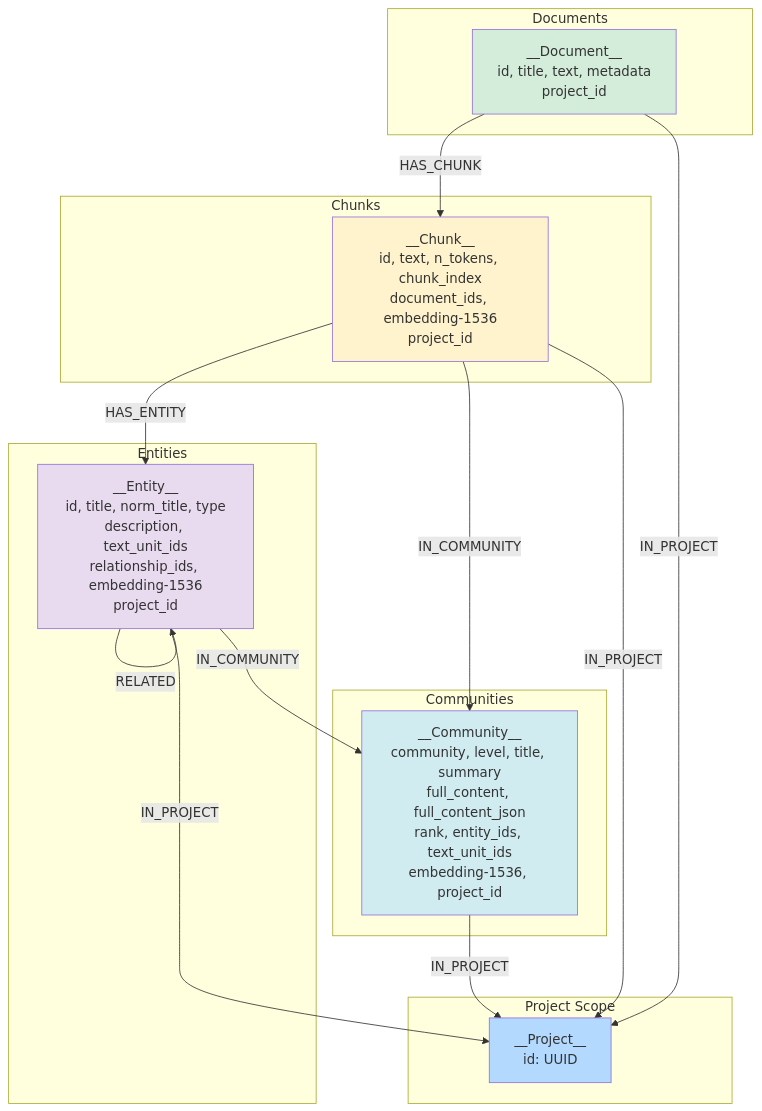
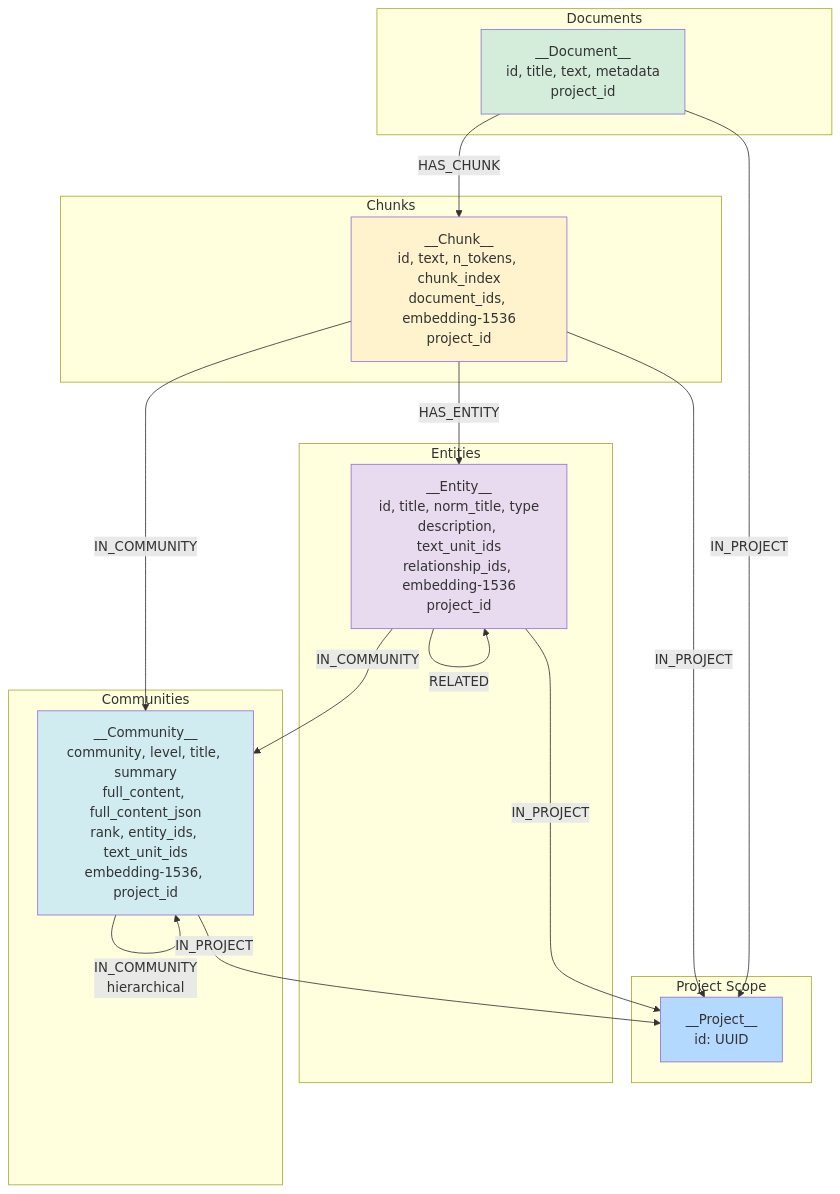
The third of 4 diagrams in git-epic-creator/services/neo4j_ingestion_service/README.md (vladavilov/playground), drawn with Mermaid before and after one commit. The commit also changed other lines of this file and 20 other files, not shown here.

````diff
--- a/git-epic-creator/services/neo4j_ingestion_service/README.md
+++ b/git-epic-creator/services/neo4j_ingestion_service/README.md
@@ -130,38 +130,39 @@
 ```mermaid
 graph TB
     subgraph Project Scope
         P[__Project__<br/>id: UUID]
     end
     
     subgraph Documents
         D[__Document__<br/>id, title, text, metadata<br/>project_id]
     end
     
     subgraph Chunks
         C[__Chunk__<br/>id, text, n_tokens, chunk_index<br/>document_ids, embedding-1536<br/>project_id]
     end
     
     subgraph Entities
         E[__Entity__<br/>id, title, norm_title, type<br/>description, text_unit_ids<br/>relationship_ids, embedding-1536<br/>project_id]
     end
     
     subgraph Communities
         CM[__Community__<br/>community, level, title, summary<br/>full_content, full_content_json<br/>rank, entity_ids, text_unit_ids<br/>embedding-1536, project_id]
     end
     
     D -->|HAS_CHUNK| C
     C -->|HAS_ENTITY| E
     E -->|RELATED| E
     E -->|IN_COMMUNITY| CM
     C -->|IN_COMMUNITY| CM
+    CM -->|IN_COMMUNITY<br/>hierarchical| CM
     D -->|IN_PROJECT| P
     C -->|IN_PROJECT| P
     E -->|IN_PROJECT| P
     CM -->|IN_PROJECT| P
     
     style P fill:#b3d9ff
     style D fill:#d4edda
     style C fill:#fff3cd
     style E fill:#e8daef
     style CM fill:#d1ecf1
 ```
````
